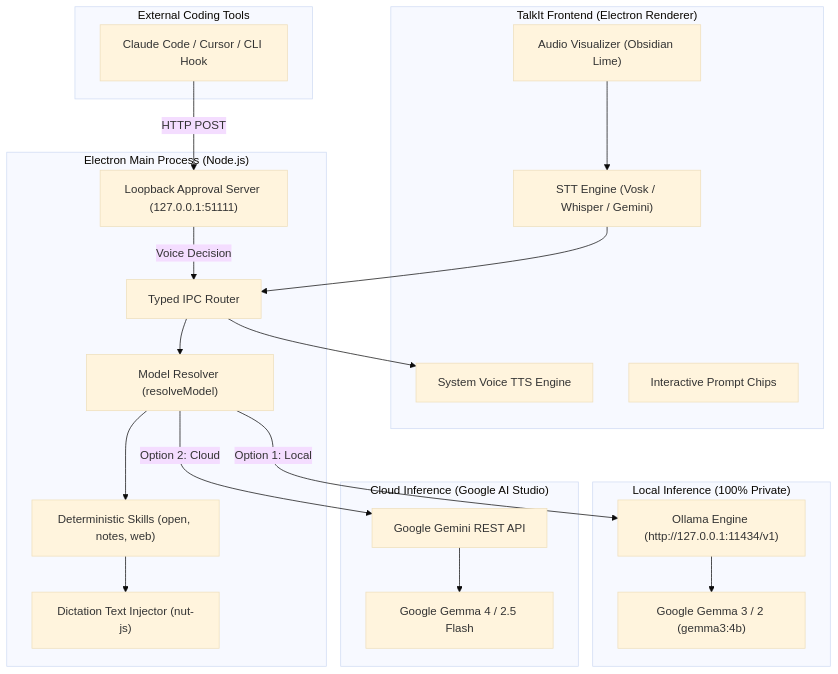
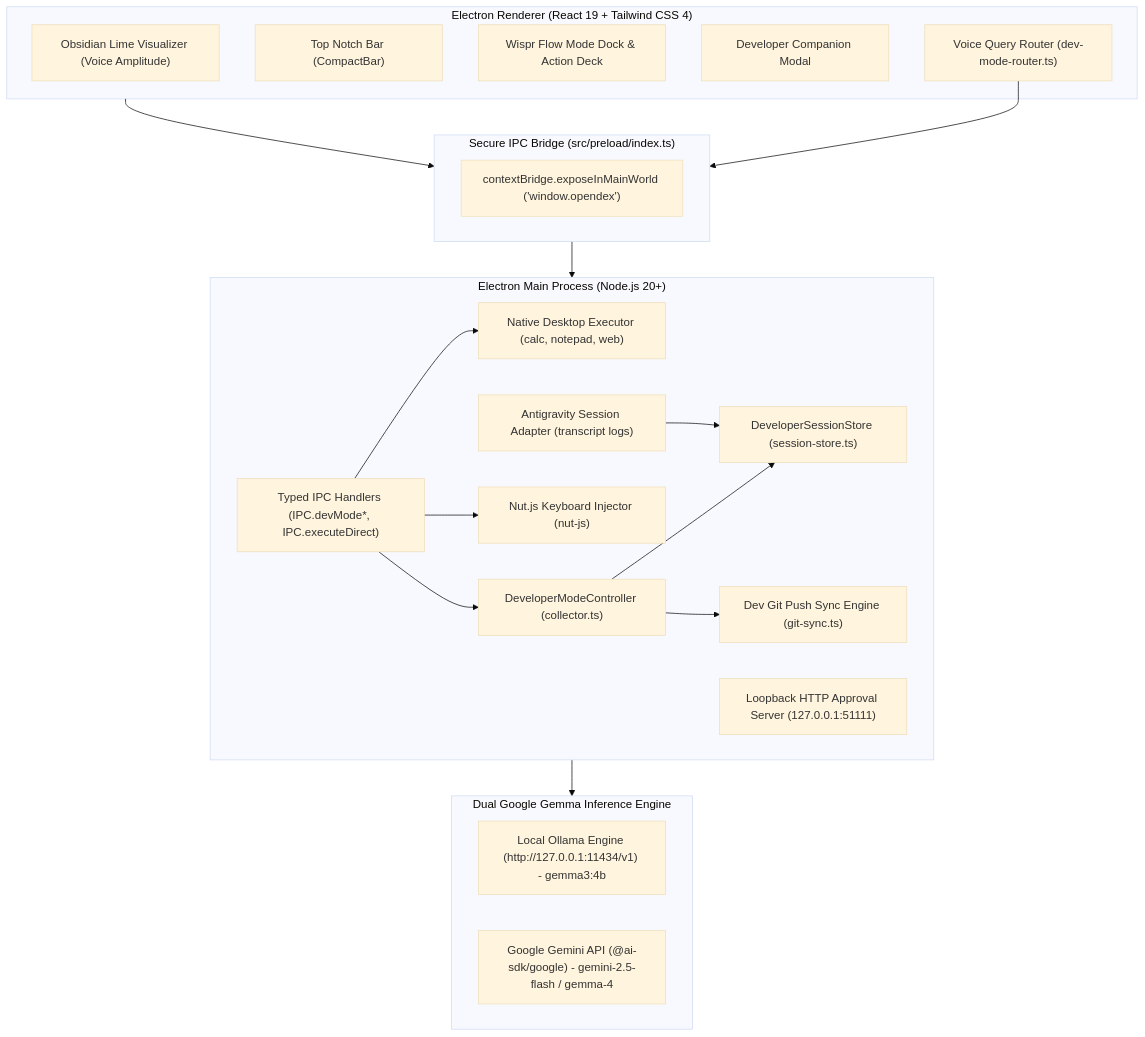
One commit to GovindUpadhyay13/TalkIt changed the second of 2 diagrams in README.md. Above: the diagram before and after it, drawn with Mermaid (base theme). The commit also changed other lines of this file and 18 other files, not shown here.

Commit message:
feat: fix direct executor CI runner resilience and update README

````diff
--- a/README.md
+++ b/README.md
@@ -123,44 +189,41 @@
 ```mermaid
 flowchart TD
-    subgraph UI ["TalkIt Frontend (Electron Renderer)"]
-        Orb["Audio Visualizer (Obsidian Lime)"]
-        STT["STT Engine (Vosk / Whisper / Gemini)"]
-        TTS["System Voice TTS Engine"]
-        PromptChips["Interactive Prompt Chips"]
+    subgraph Renderer ["Electron Renderer (React 19 + Tailwind CSS 4)"]
+        ObsidianLime["Obsidian Lime Visualizer (Voice Amplitude)"]
+        NotchHUD["Top Notch Bar (CompactBar)"]
+        WisprDock["Wispr Flow Mode Dock & Action Deck"]
+        DevCompanionUI["Developer Companion Modal"]
+        Router["Voice Query Router (dev-mode-router.ts)"]
     end
 
-    subgraph Main ["Electron Main Process (Node.js)"]
-        IPC["Typed IPC Router"]
-        Server["Loopback Approval Server (127.0.0.1:51111)"]
-        Resolver["Model Resolver (resolveModel)"]
-        Skills["Deterministic Skills (open, notes, web)"]
-        Injector["Dictation Text Injector (nut-js)"]
+    subgraph Preload ["Secure IPC Bridge (src/preload/index.ts)"]
+        ContextBridge["contextBridge.exposeInMainWorld ('window.opendex')"]
     end
 
-    subgraph LocalBackend ["Local Inference (100% Private)"]
-        Ollama["Ollama Engine (http://127.0.0.1:11434/v1)"]
-        GemmaLocal["Google Gemma 3 / 2 (gemma3:4b)"]
+    subgraph MainProcess ["Electron Main Process (Node.js 20+)"]
+        IPCRouter["Typed IPC Handlers (IPC.devMode*, IPC.executeDirect)"]
+        NutInjector["Nut.js Keyboard Injector (nut-js)"]
+        DirectExecutor["Native Desktop Executor (calc, notepad, web)"]
+        GitSync["Dev Git Push Sync Engine (git-sync.ts)"]
+        DevController["DeveloperModeController (collector.ts)"]
+        DevStore["DeveloperSessionStore (session-store.ts)"]
+        AntigravityAdapter["Antigravity Session Adapter (transcript logs)"]
+        ApprovalServer["Loopback HTTP Approval Server (127.0.0.1:51111)"]
     end
 
-    subgraph CloudBackend ["Cloud Inference (Google AI Studio)"]
-        GeminiAPI["Google Gemini REST API"]
-        GemmaCloud["Google Gemma 4 / 2.5 Flash"]
+    subgraph LLM ["Dual Google Gemma Inference Engine"]
+        OllamaLocal["Local Ollama Engine (http://127.0.0.1:11434/v1) - gemma3:4b"]
+        GeminiCloud["Google Gemini API (@ai-sdk/google) - gemini-2.5-flash / gemma-4"]
     end
 
-    subgraph External ["External Coding Tools"]
-        Agent["Claude Code / Cursor / CLI Hook"]
-    end
-
-    Orb --> STT
-    STT --> IPC
-    IPC --> Resolver
-    Resolver -->|Option 1: Local| Ollama
-    Ollama --> GemmaLocal
-    Resolver -->|Option 2: Cloud| GeminiAPI
-    GeminiAPI --> GemmaCloud
-    Resolver --> Skills
-    Skills --> Injector
-    Agent -->|HTTP POST| Server
-    Server -->|Voice Decision| IPC
-    IPC --> TTS
+    Renderer --> Preload
+    Preload --> MainProcess
+    Router --> Preload
+    DevController --> DevStore
+    AntigravityAdapter --> DevStore
+    DevController --> GitSync
+    IPCRouter --> DirectExecutor
+    IPCRouter --> NutInjector
+    IPCRouter --> DevController
+    MainProcess --> LLM
 ```
````
